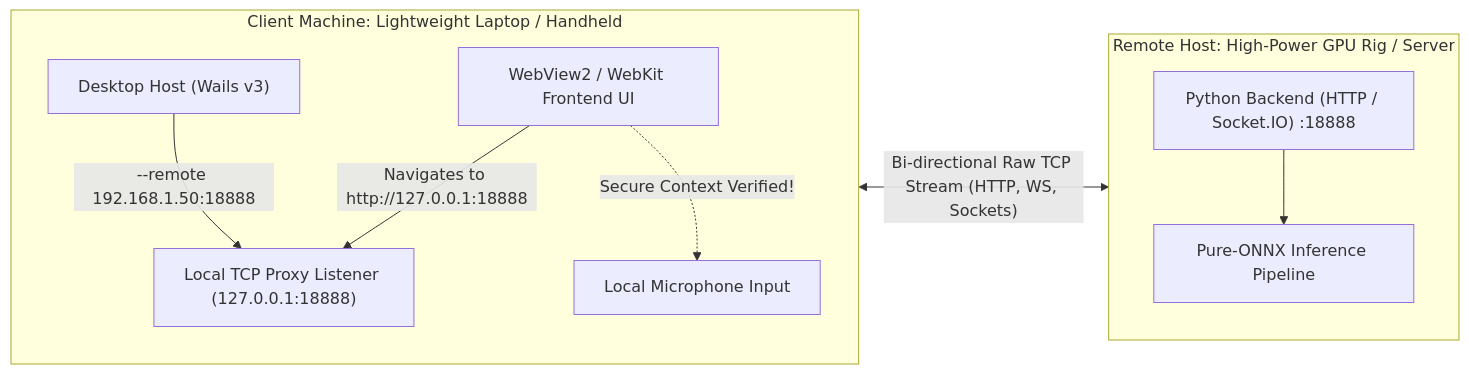
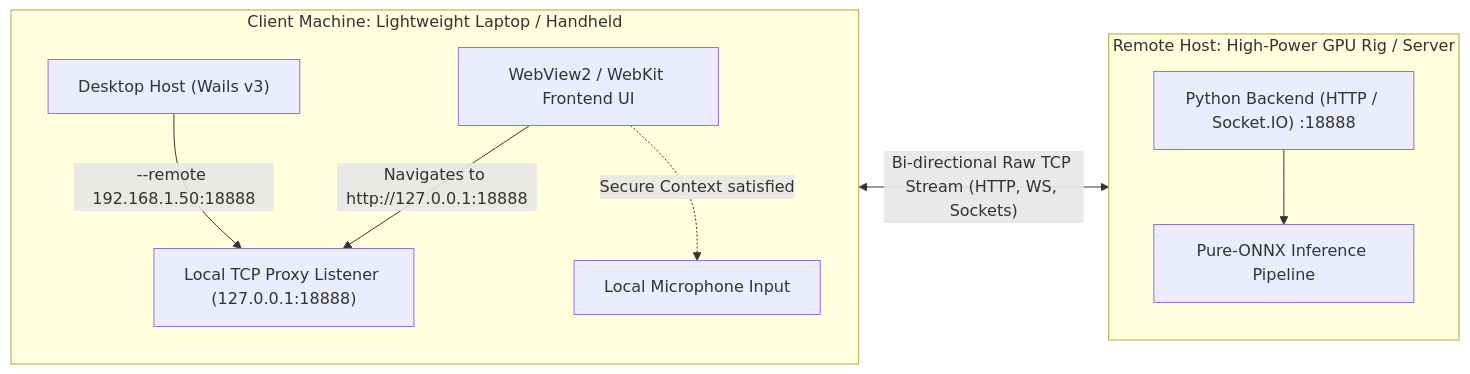
One commit to Maki-Daisuke/vcclient-forge changed the second of 2 diagrams in okf/remote-backend-tcp-proxy-architecture.md. Above: the diagram before and after it, drawn with Mermaid. The commit also changed other lines of this file and 1 other file, not shown here.

First line of the commit message:
docs(okf): make the remote proxy architecture note fact-grounded

````diff
--- a/okf/remote-backend-tcp-proxy-architecture.md
+++ b/okf/remote-backend-tcp-proxy-architecture.md
@@ -90,22 +90,22 @@
 ```mermaid
 flowchart LR
     subgraph ClientMachine ["Client Machine: Lightweight Laptop / Handheld"]
         direction TB
         DesktopHost["Desktop Host (Wails v3)"]
         TCPProxy["Local TCP Proxy Listener (127.0.0.1:18888)"]
         Webview["WebView2 / WebKit Frontend UI"]
 
         DesktopHost -->|"--remote 192.168.1.50:18888"| TCPProxy
         Webview -->|"Navigates to http://127.0.0.1:18888"| TCPProxy
-        Webview -.->|"Secure Context Verified!"| Microphone["Local Microphone Input"]
+        Webview -.->|"Secure Context satisfied"| Microphone["Local Microphone Input"]
     end
 
     subgraph RemoteHost ["Remote Host: High-Power GPU Rig / Server"]
         direction TB
         Backend["Python Backend (HTTP / Socket.IO) :18888"]
         ONNXEngine["Pure-ONNX Inference Pipeline"]
         Backend --> ONNXEngine
     end
 
     TCPProxy <-->|"Bi-directional Raw TCP Stream (HTTP, WS, Sockets)"| Backend
 ```
````
